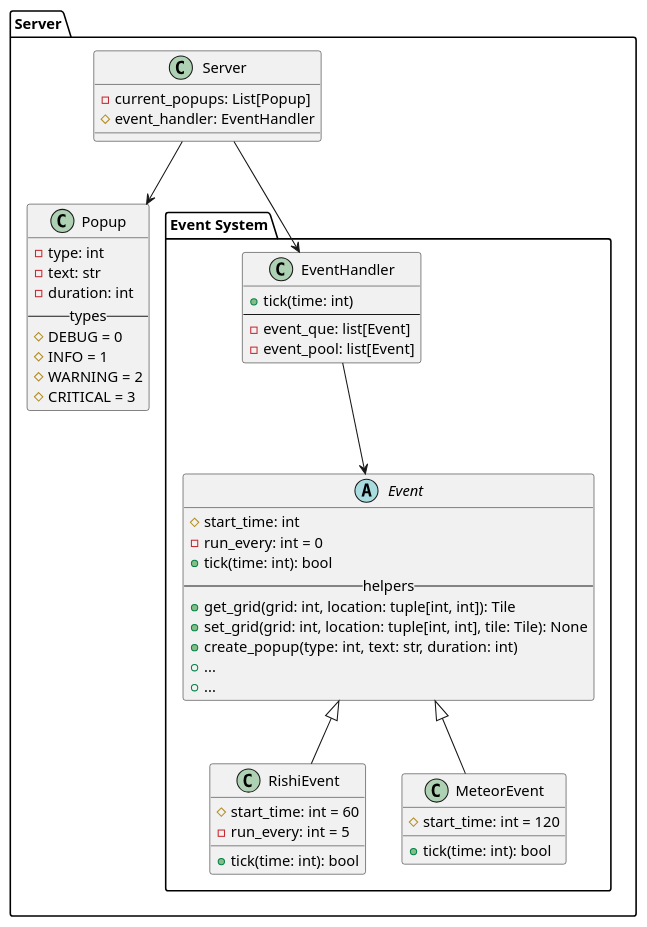
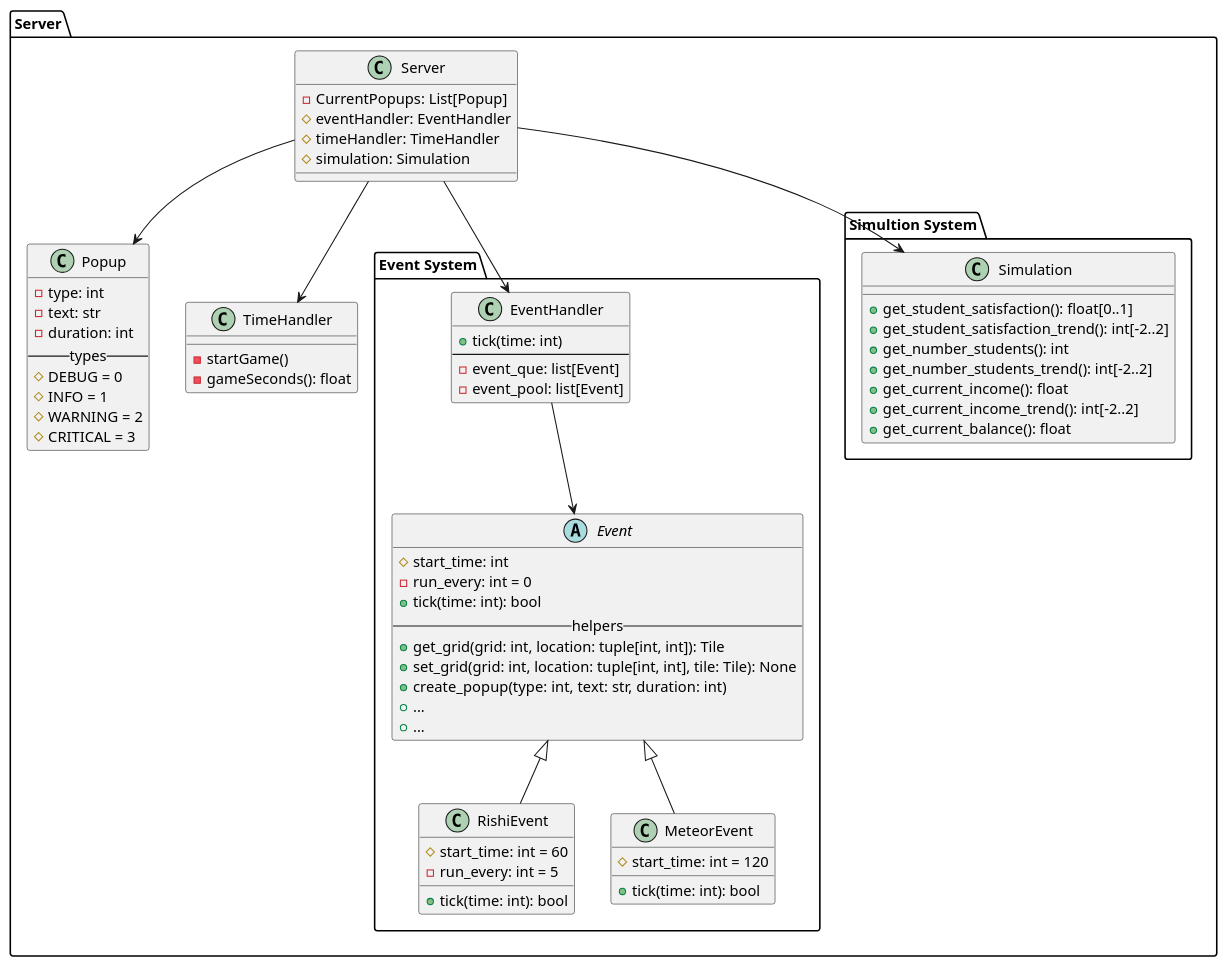
Before and after one commit to GRUMv2/GRUMv2: the second of 3 diagrams in docs/architecture/server/server.md, drawn with PlantUML. The commit also changed other lines of this file, not shown here.

````diff
--- a/docs/architecture/server/server.md
+++ b/docs/architecture/server/server.md
@@ -11,56 +11,80 @@
 ```plantuml
 package "Server" {
 	class Server {
-		- current_popups: List[Popup]
-		# event_handler: EventHandler
+		- CurrentPopups: List[Popup]
+		# eventHandler: EventHandler
+		# timeHandler: TimeHandler
+		# simulation: Simulation
 	}
-
-	Server --> Popup
 
 	class Popup {
 		- type: int
 		- text: str 
 		- duration: int
 		--types--
 		# DEBUG = 0
 		# INFO = 1
 		# WARNING = 2
 		# CRITICAL = 3
 	}
+	
+	Server --> Popup
+
+	class TimeHandler {
+		- startGame()
+		- gameSeconds(): float
+	}
+
+	Server --> TimeHandler
 
 	package "Event System" {
 		class EventHandler {
 			+ tick(time: int)
 			----
 			- event_que: list[Event]
 			- event_pool: list[Event]
 		}
 		
 		abstract class Event {
 			# start_time: int
 			- run_every: int = 0
 			+ tick(time: int): bool
 			--helpers--
 			+ get_grid(grid: int, location: tuple[int, int]): Tile
 			+ set_grid(grid: int, location: tuple[int, int], tile: Tile): None
 			+ create_popup(type: int, text: str, duration: int)
 			+ ...
 			+ ...
 		}
 		
 		EventHandler --> Event
 		
 		class RishiEvent extends Event {
 			# start_time: int = 60  
 			- run_every: int = 5
 			+ tick(time: int): bool  
 		}
 		
 		class MeteorEvent extends Event {
 			# start_time: int = 120  
 			+ tick(time: int): bool  
 		}
 	}
 	Server --> EventHandler
+
+	package "Simultion System" {
+		class Simulation {
+			+ get_student_satisfaction(): float[0..1]
+			+ get_student_satisfaction_trend(): int[-2..2]
+			+ get_number_students(): int
+			+ get_number_students_trend(): int[-2..2]
+			+ get_current_income(): float
+			+ get_current_income_trend(): int[-2..2]
+			+ get_current_balance(): float
+		}
+	}
+
+	Server --> Simulation
+
 }
 ```
````
